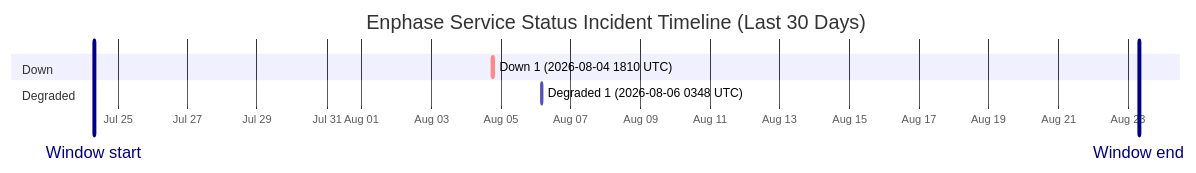
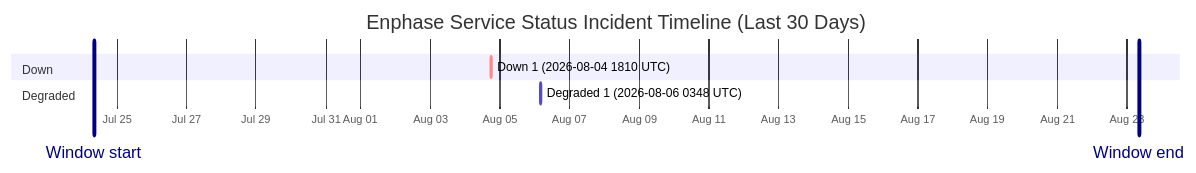
Before and after one commit to barneyonline/ha-enphase-energy: the diagram in wiki/Service-Status-History.md, drawn with Mermaid. The commit also changed other lines of this file and 3 other files, not shown here.

````diff
--- a/wiki/Service-Status-History.md
+++ b/wiki/Service-Status-History.md
@@ -14,12 +14,12 @@
 ```mermaid
 gantt
     title Enphase Service Status Incident Timeline (Last 30 Days)
     dateFormat  YYYY-MM-DDTHH:mm:ss
     axisFormat  %b %d
-    Window start :vert, window-start, 2026-07-24T07:31:18, 0ms
-    Window end :vert, window-end, 2026-08-23T07:31:18, 0ms
+    Window start :vert, window-start, 2026-07-24T08:26:49, 0ms
+    Window end :vert, window-end, 2026-08-23T08:26:49, 0ms
     section Down
     Down 1 (2026-08-04 1810 UTC) :crit, down-1, 2026-08-04T18:10:46, 60m
     section Degraded
     Degraded 1 (2026-08-06 0348 UTC) :active, degraded-1, 2026-08-06T03:48:14, 60m
 ```
````
